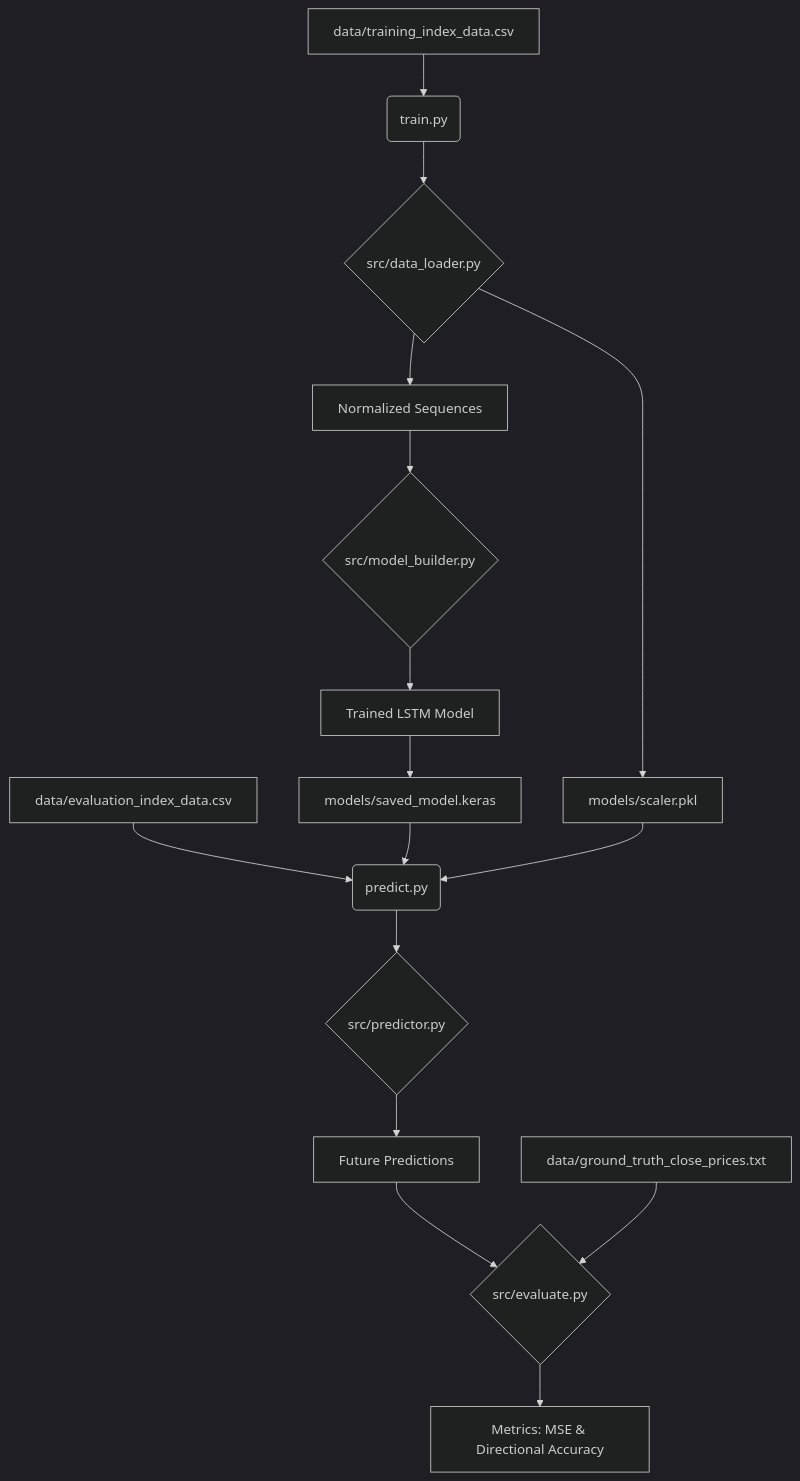
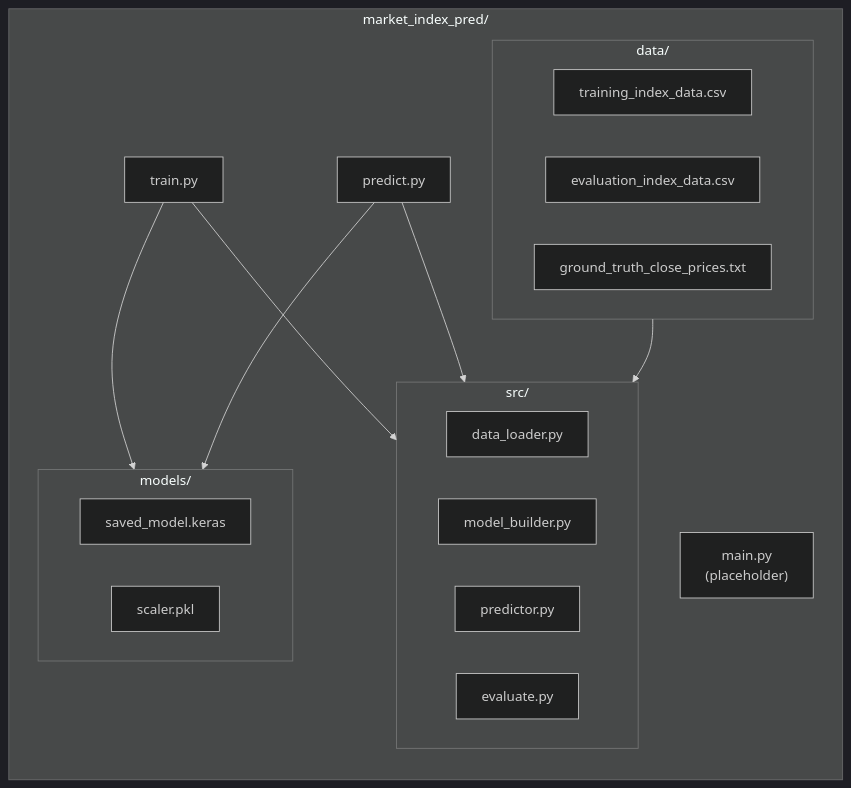
The second of 11 diagrams in architecture.md (yhimanshu22/market_index_pred), drawn with Mermaid (dark theme) before and after one commit. The commit also changed other lines of this file, not shown here.

Commit message:
update architecture

````diff
--- a/architecture.md
+++ b/architecture.md
@@ -41,19 +70,33 @@
 ```mermaid
-graph TD
-    A[data/training_index_data.csv] --> B(train.py)
-    B --> C{src/data_loader.py}
-    C --> D[Normalized Sequences]
-    D --> E{src/model_builder.py}
-    E --> F[Trained LSTM Model]
-    F --> G[models/saved_model.keras]
-    C --> H[models/scaler.pkl]
-    
-    I[data/evaluation_index_data.csv] --> J(predict.py)
-    G --> J
-    H --> J
-    J --> K{src/predictor.py}
-    K --> L[Future Predictions]
-    L --> M{src/evaluate.py}
-    N[data/ground_truth_close_prices.txt] --> M
-    M --> O[Metrics: MSE & Directional Accuracy]
+flowchart LR
+    subgraph ROOT["market_index_pred/"]
+        direction TB
+        T["train.py"]
+        P["predict.py"]
+        M["main.py<br/>(placeholder)"]
+
+        subgraph SRC["src/"]
+            D["data_loader.py"]
+            B["model_builder.py"]
+            R["predictor.py"]
+            E["evaluate.py"]
+        end
+
+        subgraph DATA_DIR["data/"]
+            TC["training_index_data.csv"]
+            EC["evaluation_index_data.csv"]
+            GT2["ground_truth_close_prices.txt"]
+        end
+
+        subgraph MODELS["models/"]
+            SM["saved_model.keras"]
+            SP["scaler.pkl"]
+        end
+    end
+
+    T --> SRC
+    P --> SRC
+    T --> MODELS
+    P --> MODELS
+    DATA_DIR --> SRC
 ```
````
